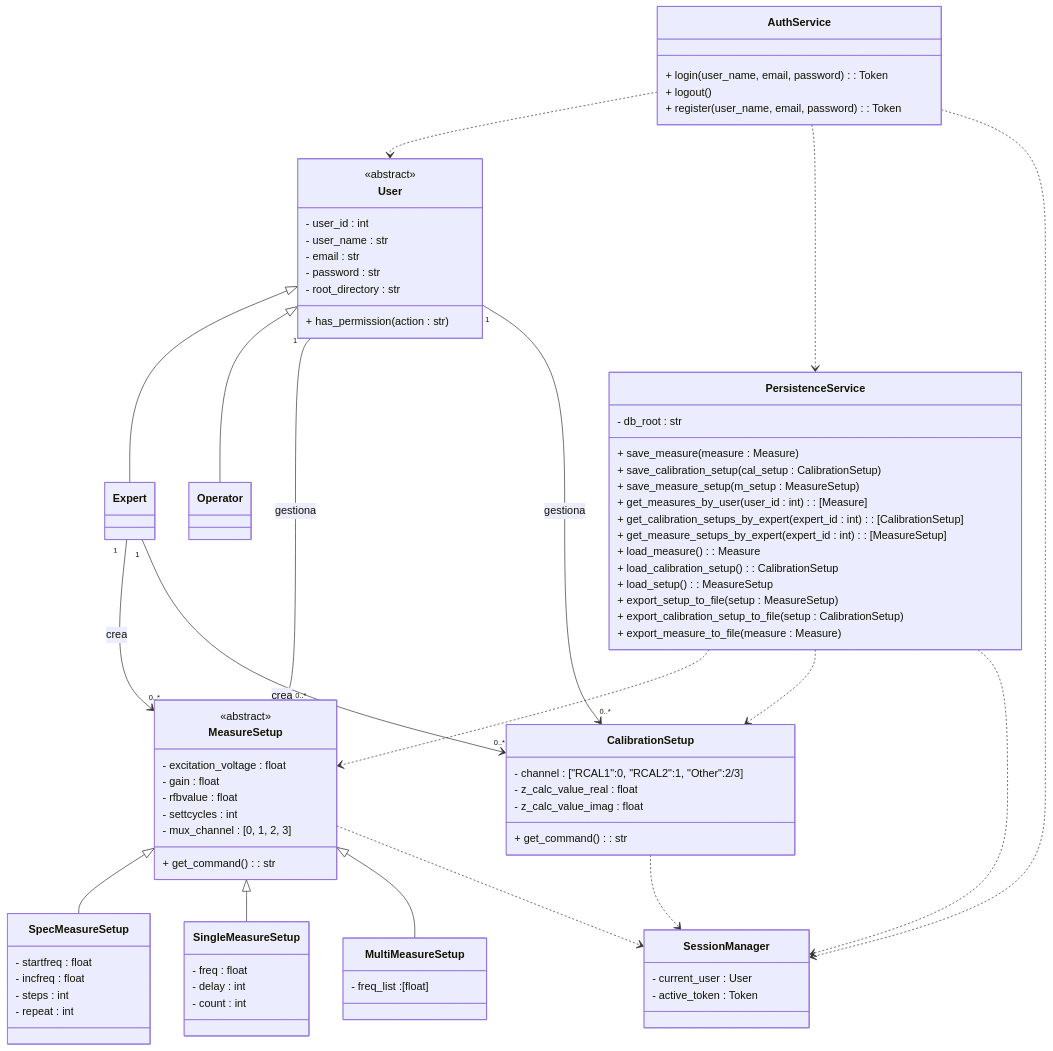
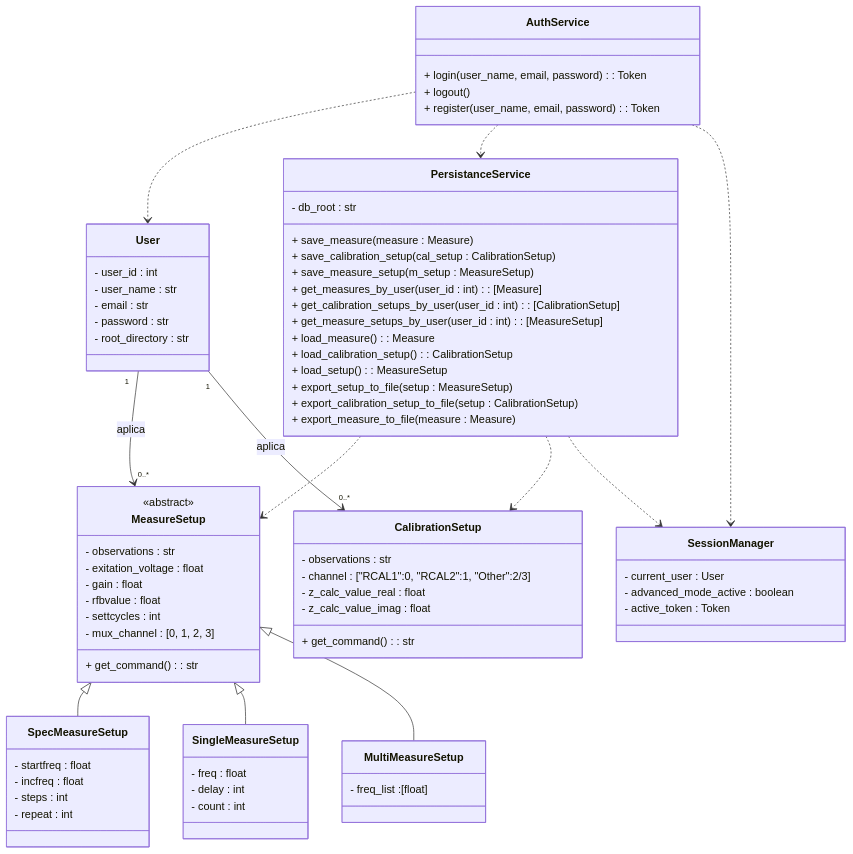
Diagram 16 of 22 in Gmini-MarkDown/Guanaco Mini.md (alegrelias/Repo-GMini), drawn with Mermaid before and after one commit. The commit also changed other lines of this file, not shown here.

Commit message:
Se agregan diagramas de CU actualizados al documento

````diff
--- a/Gmini-MarkDown/Guanaco Mini.md
+++ b/Gmini-MarkDown/Guanaco Mini.md
@@ -1638,27 +1598,18 @@
 classDiagram
 
 %% jerarquias
-User <|-- Expert
-User <|-- Operator
 
 MeasureSetup <|-- SpecMeasureSetup
 MeasureSetup <|-- SingleMeasureSetup
 MeasureSetup <|-- MultiMeasureSetup
 
 class User {
-	<<abstract>>
 	- user_id : int
 	- user_name : str
 	- email : str
 	- password : str
 	- root_directory : str
-	+ has_permission(action : str)
-}
-
-class Operator{
-
-}
-class Expert{
+	
 }
 
 class AuthService{
@@ -1667,7 +1618,7 @@
 	+ register(user_name, email, password) : Token
 }
 
-class PersistenceService{
+class PersistanceService{
 	- db_root : str
 	  
 	%% operaciones en db
@@ -1675,8 +1626,8 @@
 	+ save_calibration_setup(cal_setup : CalibrationSetup)
 	+ save_measure_setup(m_setup : MeasureSetup)
 	+ get_measures_by_user(user_id : int) : [Measure]
-	+ get_calibration_setups_by_expert(expert_id : int) : [CalibrationSetup]
-	+ get_measure_setups_by_expert(expert_id : int) : [MeasureSetup]
+	+ get_calibration_setups_by_user(user_id : int) : [CalibrationSetup]
+	+ get_measure_setups_by_user(user_id : int) : [MeasureSetup]
 	  
 	%% operaciones en archivos
 	+ load_measure() : Measure
@@ -1689,7 +1640,8 @@
 
 class MeasureSetup {
 		<<abstract>>
-		- excitation_voltage : float
+		- observations : str
+		- exitation_voltage : float
 		- gain : float
 		- rfbvalue : float
 		- settcycles : int
@@ -1712,6 +1664,7 @@
 }
 
 class CalibrationSetup{
+	- observations : str
 	- channel : ["RCAL1":0, "RCAL2":1, "Other":2/3]
 	- z_calc_value_real : float
 	- z_calc_value_imag : float
@@ -1720,26 +1673,19 @@
 
 class SessionManager{
 	- current_user : User
+	- advanced_mode_active : boolean
 	- active_token : Token
 }
 
 %% relaciones
-
-Expert "1"-->"0..*" MeasureSetup : crea
-Expert "1"-->"0..*" CalibrationSetup : crea
-
-User "1"-->"0..*" MeasureSetup : gestiona
-User "1"-->"0..*" CalibrationSetup : gestiona
+User "1"-->"0..*" MeasureSetup : aplica
+User "1"-->"0..*" CalibrationSetup : aplica
 
 AuthService ..> User
-AuthService ..>  PersistenceService
-AuthService ..>  SessionManager
+AuthService ..> PersistanceService
+AuthService ..> SessionManager
 
-PersistenceService ..> MeasureSetup
-PersistenceService ..> CalibrationSetup
-PersistenceService ..> SessionManager
-
-CalibrationSetup ..> SessionManager
-
-MeasureSetup ..> SessionManager
+PersistanceService ..> MeasureSetup
+PersistanceService ..> CalibrationSetup
+PersistanceService ..> SessionManager
 ```
````
